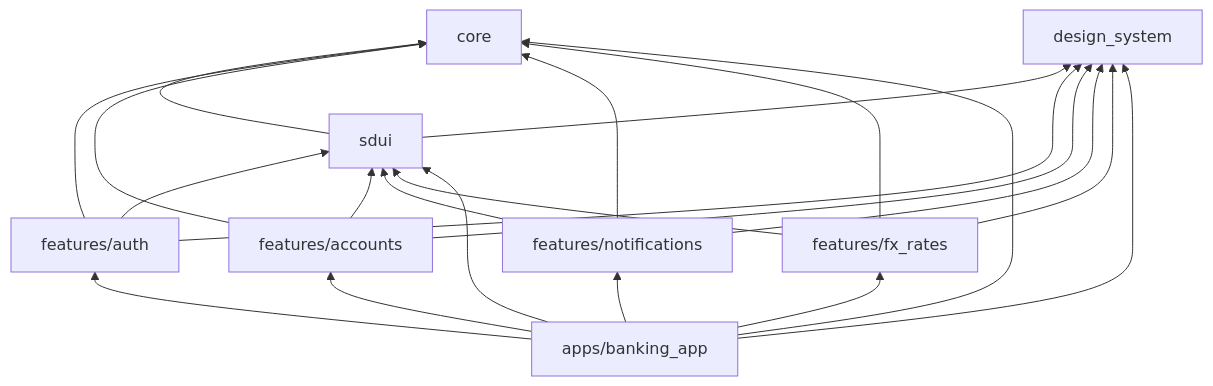
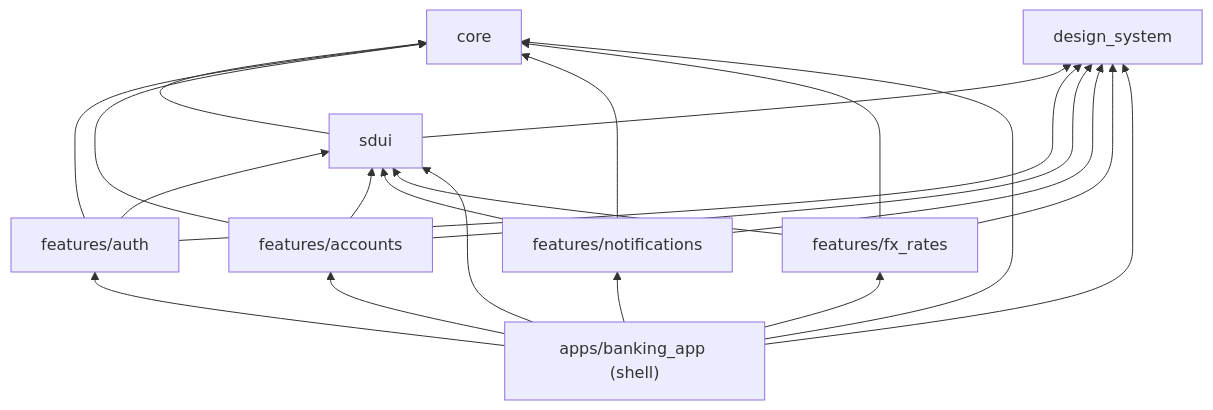
The first of 2 diagrams in docs/architecture/dependencies.md (Denniss2C/bi-digital-banking), drawn with Mermaid before and after one commit. The commit also changed other lines of this file and 3 other files, not shown here.

First line of the commit message:
docs(architecture): document what is implemented

````diff
--- a/docs/architecture/dependencies.md
+++ b/docs/architecture/dependencies.md
@@ -5,20 +6,20 @@
 ```mermaid
 flowchart BT
     core["core"]
     ds["design_system"]
     sdui["sdui"]
     auth["features/auth"]
     accounts["features/accounts"]
     notif["features/notifications"]
     fx["features/fx_rates"]
-    app["apps/banking_app"]
+    app["apps/banking_app (shell)"]
 
     sdui --> core
     sdui --> ds
     auth --> core & ds & sdui
     accounts --> core & ds & sdui
     notif --> core & ds & sdui
     fx --> core & ds & sdui
     app --> auth & accounts & notif & fx
     app --> core & ds & sdui
 ```
````
